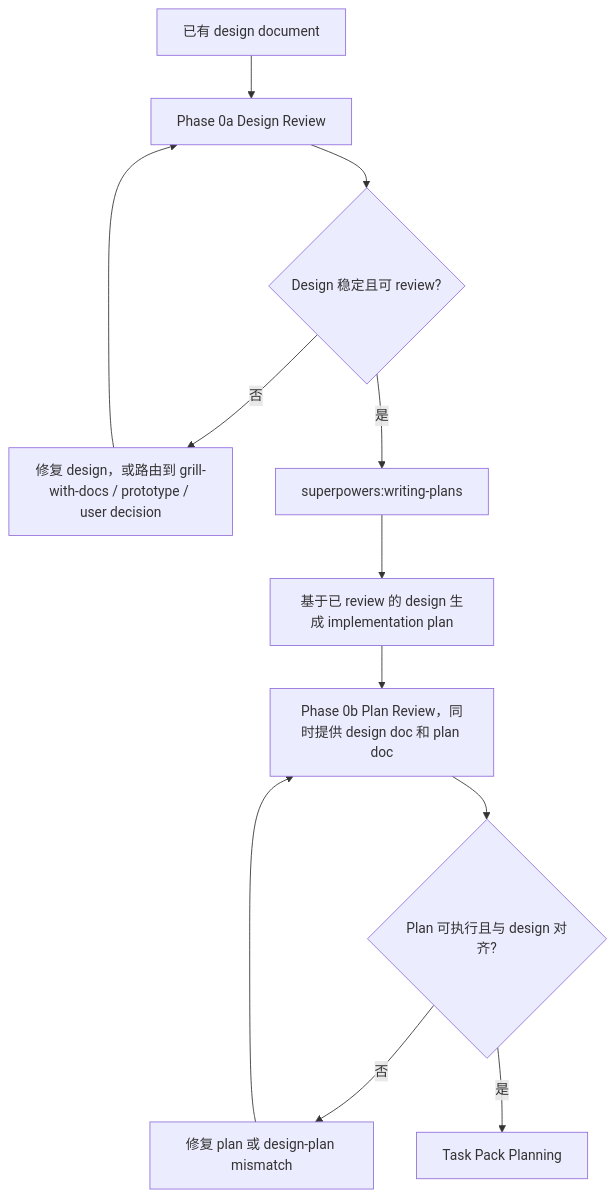
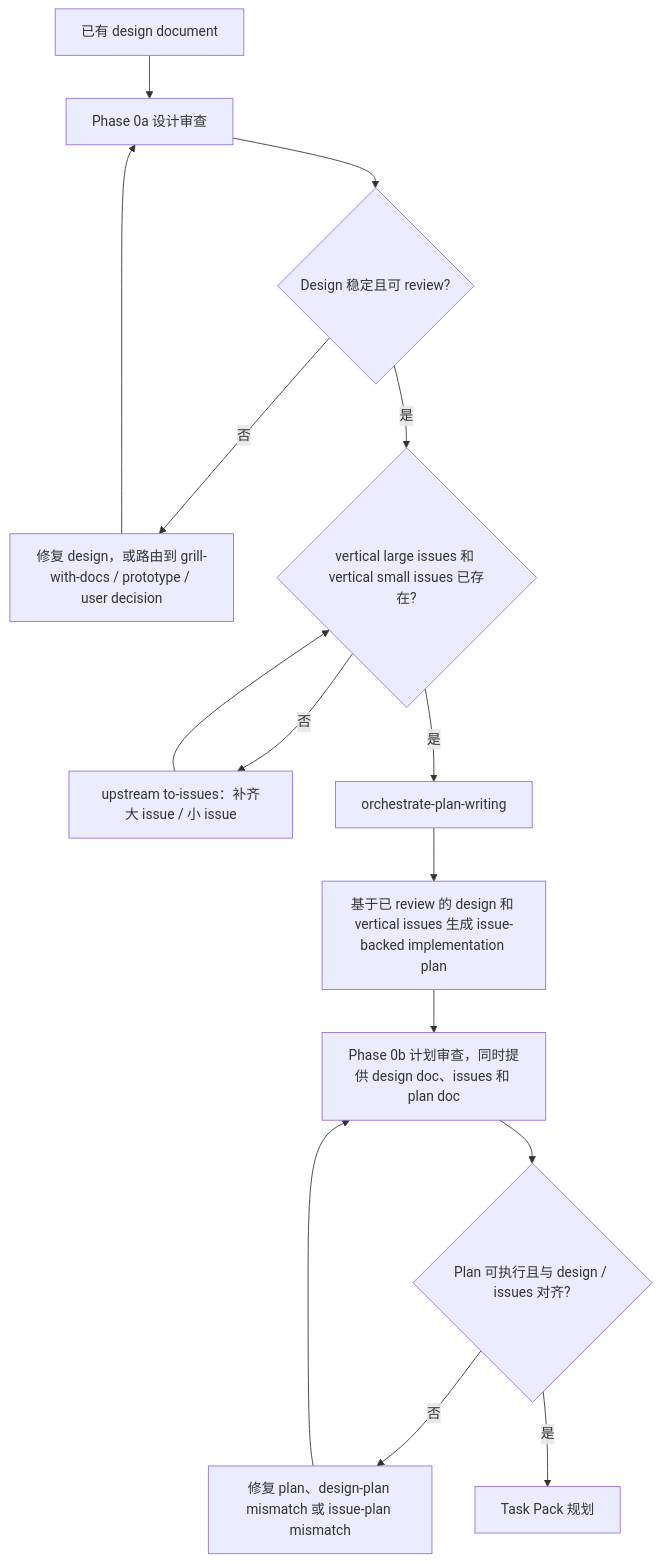
Before and after one commit to chancheuklap/multi-model-workflow: the third of 5 diagrams in .agents/skills/orchestrate-workflow/SKILL.md, drawn with Mermaid. The commit also changed other lines of this file and 20 other files, not shown here.

Commit message:
Align orchestrate workflow docs with issue-backed planning

````diff
--- a/.agents/skills/orchestrate-workflow/SKILL.md
+++ b/.agents/skills/orchestrate-workflow/SKILL.md
@@ -83,14 +86,17 @@
 ```mermaid
 flowchart TD
-    A["已有 design document"] --> B["Phase 0a Design Review"]
+    A["已有 design document"] --> B["Phase 0a 设计审查"]
     B --> C{"Design 稳定且可 review?"}
     C -->|否| D["修复 design，或路由到 grill-with-docs / prototype / user decision"]
     D --> B
-    C -->|是| E["superpowers:writing-plans"]
-    E --> F["基于已 review 的 design 生成 implementation plan"]
-    F --> G["Phase 0b Plan Review，同时提供 design doc 和 plan doc"]
-    G --> H{"Plan 可执行且与 design 对齐?"}
-    H -->|否| I["修复 plan 或 design-plan mismatch"]
-    I --> G
-    H -->|是| J["Task Pack Planning"]
+    C -->|是| E{"vertical large issues 和 vertical small issues 已存在?"}
+    E -->|否| F["upstream to-issues：补齐大 issue / 小 issue"]
+    F --> E
+    E -->|是| G["orchestrate-plan-writing"]
+    G --> H["基于已 review 的 design 和 vertical issues 生成 issue-backed implementation plan"]
+    H --> I["Phase 0b 计划审查，同时提供 design doc、issues 和 plan doc"]
+    I --> J{"Plan 可执行且与 design / issues 对齐?"}
+    J -->|否| K["修复 plan、design-plan mismatch 或 issue-plan mismatch"]
+    K --> I
+    J -->|是| L["Task Pack 规划"]
 ```
````
